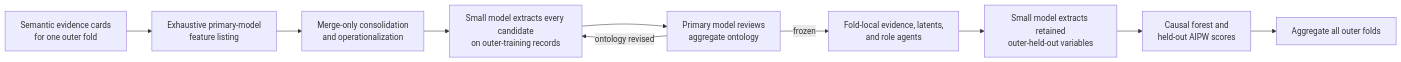
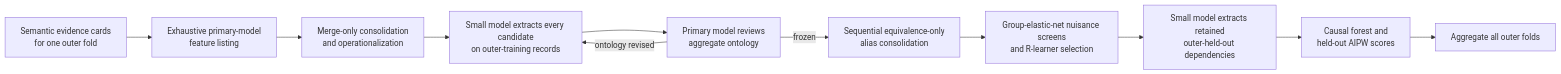
Before and after one commit to kenlkehl/causal-dragonnet-text: the third of 3 diagrams in README.md, drawn with Mermaid. The commit also changed other lines of this file and 12 other files, not shown here.

````diff
--- a/README.md
+++ b/README.md
@@ -1152,12 +1171,13 @@
 ```mermaid
 flowchart LR
     A["Semantic evidence cards<br/>for one outer fold"] --> B["Exhaustive primary-model<br/>feature listing"]
     B --> C["Merge-only consolidation<br/>and operationalization"]
     C --> D["Small model extracts every candidate<br/>on outer-training records"]
     D --> E["Primary model reviews<br/>aggregate ontology"]
     E -->|"ontology revised"| D
-    E -->|"frozen"| F["Fold-local evidence, latents,<br/>and role agents"]
-    F --> G["Small model extracts retained<br/>outer-held-out variables"]
-    G --> H["Causal forest and<br/>held-out AIPW scores"]
-    H --> I["Aggregate all outer folds"]
+    E -->|"frozen"| F["Sequential equivalence-only<br/>alias consolidation"]
+    F --> G["Group-elastic-net nuisance screens<br/>and R-learner selection"]
+    G --> H["Small model extracts retained<br/>outer-held-out dependencies"]
+    H --> I["Causal forest and<br/>held-out AIPW scores"]
+    I --> J["Aggregate all outer folds"]
 ```
````
